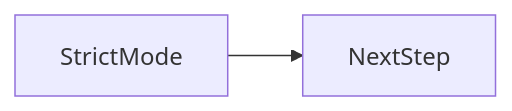
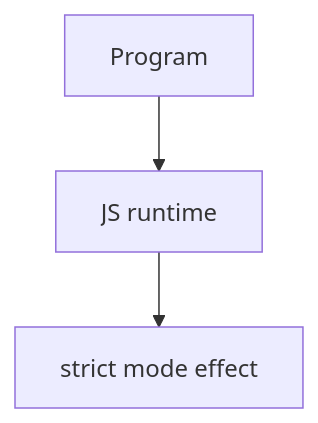
One commit to OmidJavaherii/Frontend-Engineering-Handbook changed the second of 2 diagrams in docs/en/06-javascript/strict-mode/index.md. Above: the diagram before and after it, drawn with Mermaid. The commit also changed other lines of this file and 461 other files, not shown here.

````diff
--- a/docs/en/06-javascript/strict-mode/index.md
+++ b/docs/en/06-javascript/strict-mode/index.md
@@ -94,4 +108,5 @@
 ```mermaid
-flowchart LR
-  concept[StrictMode] --> nextStep[NextStep]
+flowchart TD
+  Code[Program] --> Runtime[JS runtime]
+  Runtime --> Effect[strict mode effect]
 ```
````
